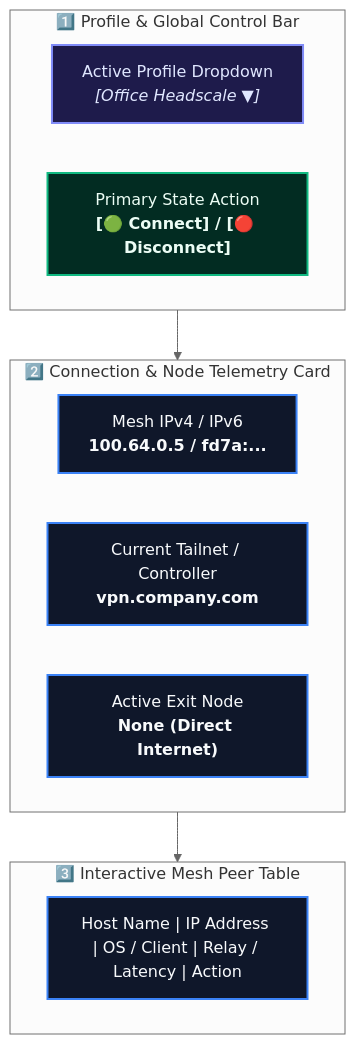
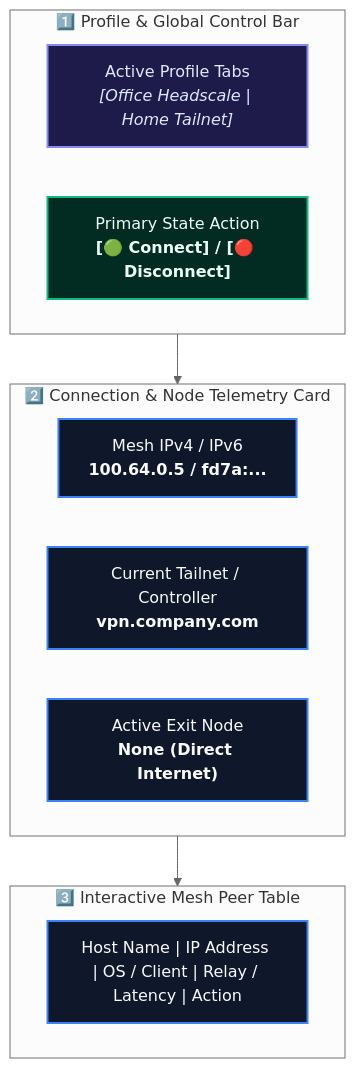
Before and after one commit to Arean82/Tailscale-Headscale-Client: the first of 3 diagrams in Docs/USER_MANUAL.md, drawn with Mermaid (neutral theme). The commit also changed other lines of this file and 39 other files, not shown here.

````diff
--- a/Docs/USER_MANUAL.md
+++ b/Docs/USER_MANUAL.md
@@ -33,24 +34,24 @@
 ```mermaid
 flowchart TD
     classDef top fill:#1e1b4b,stroke:#818cf8,stroke-width:2px,color:#e0e7ff;
     classDef card fill:#0f172a,stroke:#3b82f6,stroke-width:2px,color:#f8fafc;
     classDef action fill:#022c22,stroke:#10b981,stroke-width:2px,color:#ecfdf5;
 
     subgraph Top_Bar ["1️⃣ Profile & Global Control Bar"]
-        P_SEL["Active Profile Dropdown<br><i>[Office Headscale ▼]</i>"]:::top
+        P_SEL["Active Profile Tabs<br><i>[Office Headscale | Home Tailnet]</i>"]:::top
         BTN_CONN["Primary State Action<br><b>[🟢 Connect] / [🔴 Disconnect]</b>"]:::action
     end
 
     subgraph Status_Panel ["2️⃣ Connection & Node Telemetry Card"]
         IP["Mesh IPv4 / IPv6<br><b>100.64.0.5 / fd7a:...</b>"]:::card
         NET["Current Tailnet / Controller<br><b>vpn.company.com</b>"]:::card
         EXIT["Active Exit Node<br><b>None (Direct Internet)</b>"]:::card
     end
 
     subgraph Peer_Grid ["3️⃣ Interactive Mesh Peer Table"]
         COL["Host Name | IP Address | OS / Client | Relay / Latency | Action"]:::card
     end
 
     Top_Bar --> Status_Panel
     Status_Panel --> Peer_Grid
 ```
````
